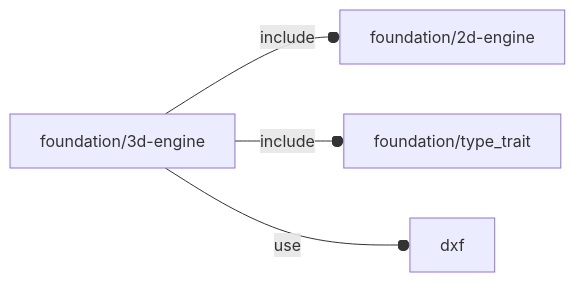
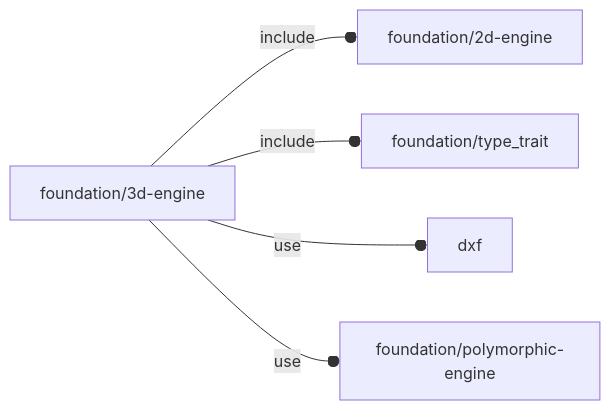
One commit to ggabbiani/OFL changed the diagram in orthodocs/foundation/3d-engine.md. Above: the diagram before and after it, drawn with Mermaid. The commit also changed other lines of this file and 5 other files, not shown here.

````diff
--- a/orthodocs/foundation/3d-engine.md
+++ b/orthodocs/foundation/3d-engine.md
@@ -5,6 +5,7 @@
 ```mermaid
 graph LR
     A1[foundation/3d-engine] --o|include| A2[foundation/2d-engine]
     A1 --o|include| A3[foundation/type_trait]
     A1 --o|use| A4[dxf]
+    A1 --o|use| A5[foundation/polymorphic-engine]
 ```
````
